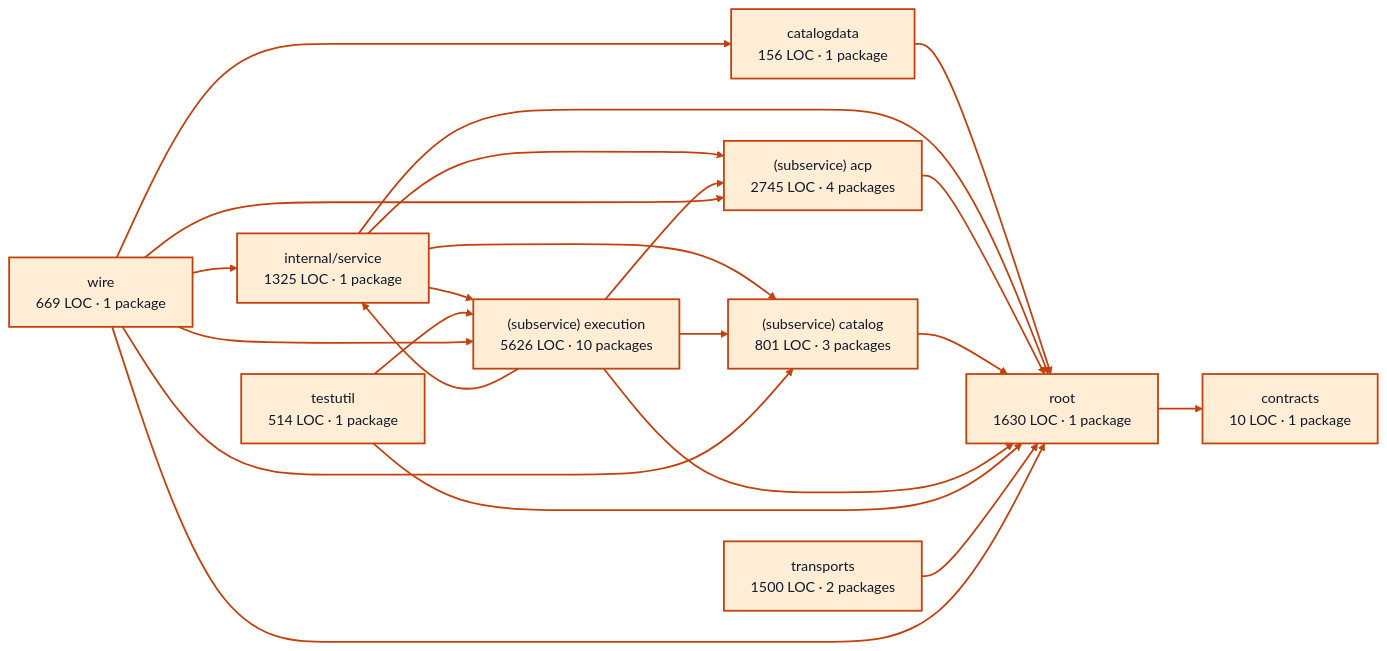
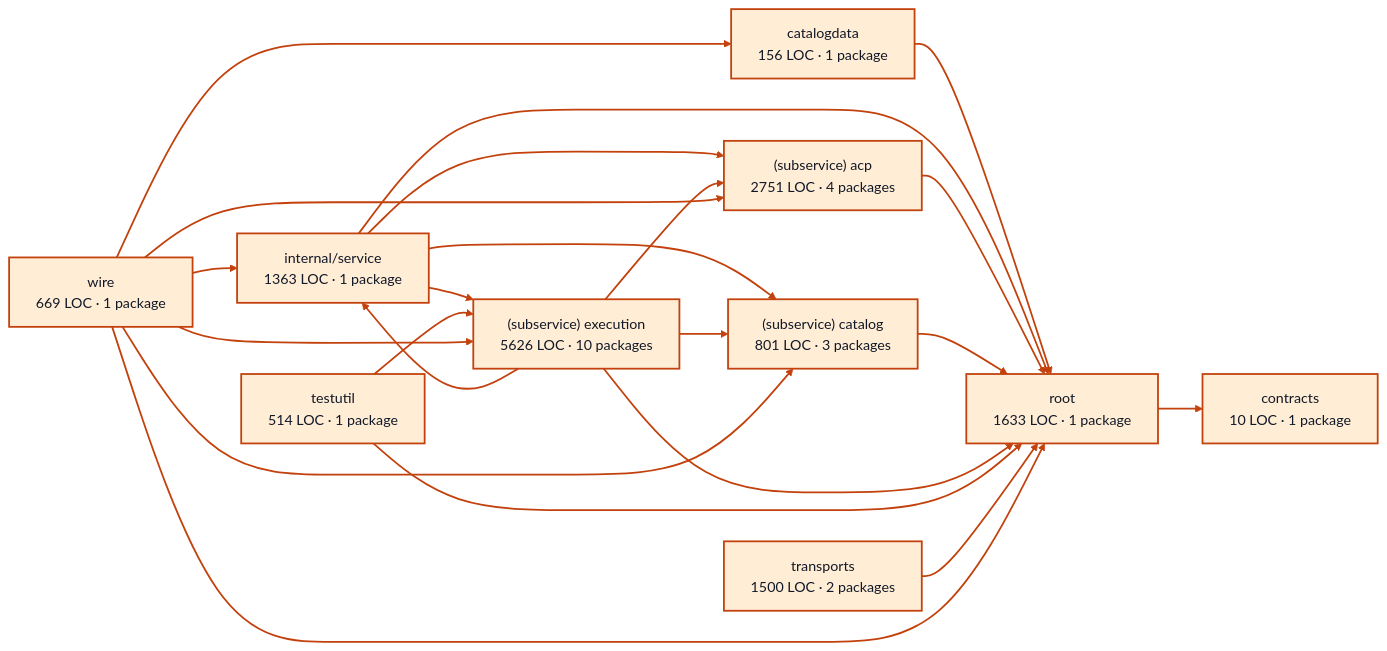
One commit to portpowered/you-agent-factory changed the diagram in docs/architecture/visualizations/services/providers.md. Above: the diagram before and after it, drawn with Mermaid. The commit also changed other lines of this file and 20 other files, not shown here.

Commit message:
docs: refresh backend architecture visualizations

````diff
--- a/docs/architecture/visualizations/services/providers.md
+++ b/docs/architecture/visualizations/services/providers.md
@@ -11,45 +11,45 @@
 ```mermaid
 flowchart LR
   p0["catalogdata<br/>156 LOC · 1 package"]
   p1["contracts<br/>10 LOC · 1 package"]
-  p2["internal/service<br/>1325 LOC · 1 package"]
-  p3["(subservice) acp<br/>2745 LOC · 4 packages"]
+  p2["internal/service<br/>1363 LOC · 1 package"]
+  p3["(subservice) acp<br/>2751 LOC · 4 packages"]
   p4["(subservice) catalog<br/>801 LOC · 3 packages"]
   p5["(subservice) execution<br/>5626 LOC · 10 packages"]
   p6["testutil<br/>514 LOC · 1 package"]
-  p7["root<br/>1630 LOC · 1 package"]
+  p7["root<br/>1633 LOC · 1 package"]
   p8["transports<br/>1500 LOC · 2 packages"]
   p9["wire<br/>669 LOC · 1 package"]
   p0 --> p7
   p2 --> p3
   p2 --> p4
   p2 --> p5
   p2 --> p7
   p3 --> p7
   p4 --> p7
   p5 --> p2
   p5 --> p3
   p5 --> p4
   p5 --> p7
   p6 --> p5
   p6 --> p7
   p7 --> p1
   p8 --> p7
   p9 --> p0
   p9 --> p2
   p9 --> p3
   p9 --> p4
   p9 --> p5
   p9 --> p7
   style p0 fill:#ffedd5,stroke:#c2410c,stroke-width:2px,color:#111827
   style p1 fill:#ffedd5,stroke:#c2410c,stroke-width:2px,color:#111827
   style p2 fill:#ffedd5,stroke:#c2410c,stroke-width:2px,color:#111827
   style p3 fill:#ffedd5,stroke:#c2410c,stroke-width:2px,color:#111827
   style p4 fill:#ffedd5,stroke:#c2410c,stroke-width:2px,color:#111827
   style p5 fill:#ffedd5,stroke:#c2410c,stroke-width:2px,color:#111827
   style p6 fill:#ffedd5,stroke:#c2410c,stroke-width:2px,color:#111827
   style p7 fill:#ffedd5,stroke:#c2410c,stroke-width:2px,color:#111827
   style p8 fill:#ffedd5,stroke:#c2410c,stroke-width:2px,color:#111827
   style p9 fill:#ffedd5,stroke:#c2410c,stroke-width:2px,color:#111827
   linkStyle default stroke:#c2410c,stroke-width:2px
 ```
````
